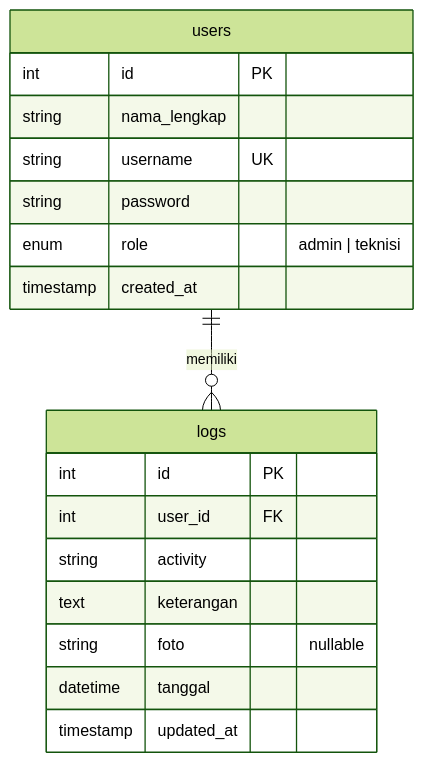
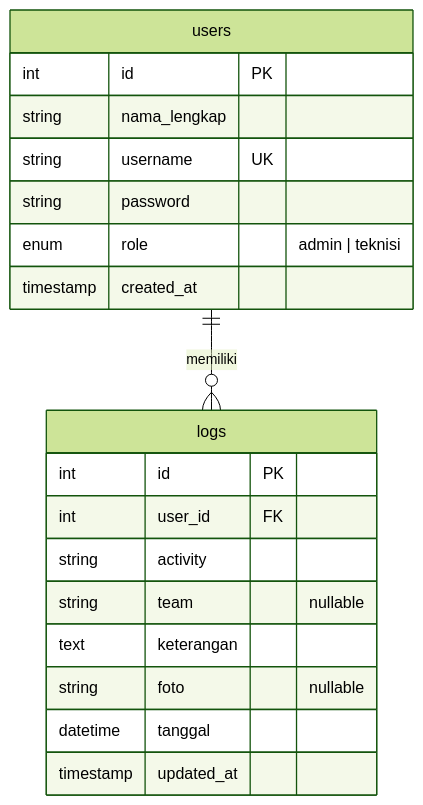
Before and after one commit to Moelmo/NEXORA-ICT9: the second of 2 diagrams in README.md, drawn with Mermaid (forest theme). The commit also changed other lines of this file and 10 other files, not shown here.

````diff
--- a/README.md
+++ b/README.md
@@ -248,21 +248,22 @@
 ```mermaid
 erDiagram
     users ||--o{ logs : "memiliki"
     users {
         int id PK
         string nama_lengkap
         string username UK
         string password
         enum role "admin | teknisi"
         timestamp created_at
     }
     logs {
         int id PK
         int user_id FK
         string activity
+        string team "nullable"
         text keterangan
         string foto "nullable"
         datetime tanggal
         timestamp updated_at
     }
 ```
````
